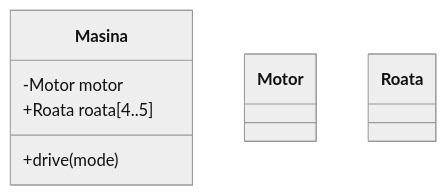
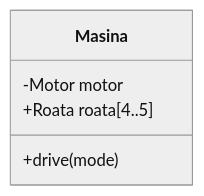
One commit to cechirita/amss2024 changed the ninth of 9 diagrams in 02 - Diagrame de clasă/README.md. Above: the diagram before and after it, drawn with Mermaid.

````diff
--- a/02 - Diagrame de clasă/README.md
+++ b/02 - Diagrame de clasă/README.md
@@ -241,13 +241,9 @@
 ```mermaid
 %%{init: {'theme':'neutral'}}%%
 classDiagram
     class Masina {
         -Motor motor
         +Roata roata[4..5] 
         +drive(mode)
     }
-  class Motor{
-}
-class Roata{
-    }
 ```
````
